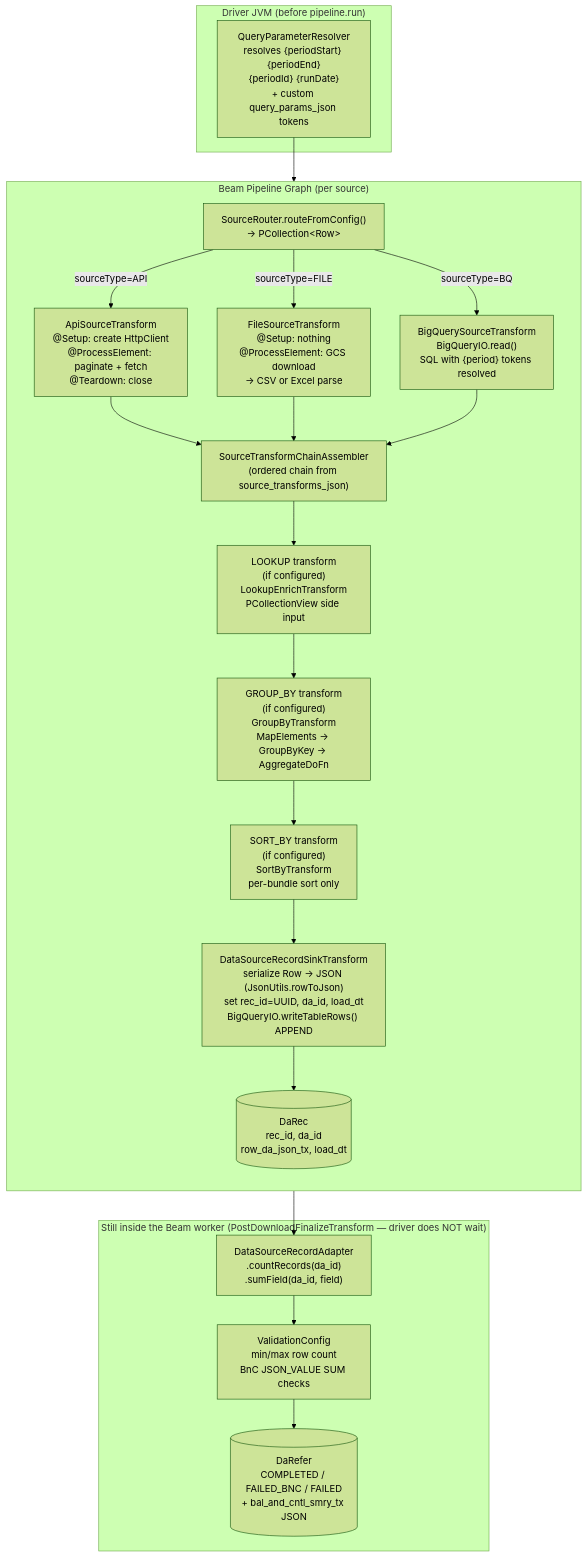
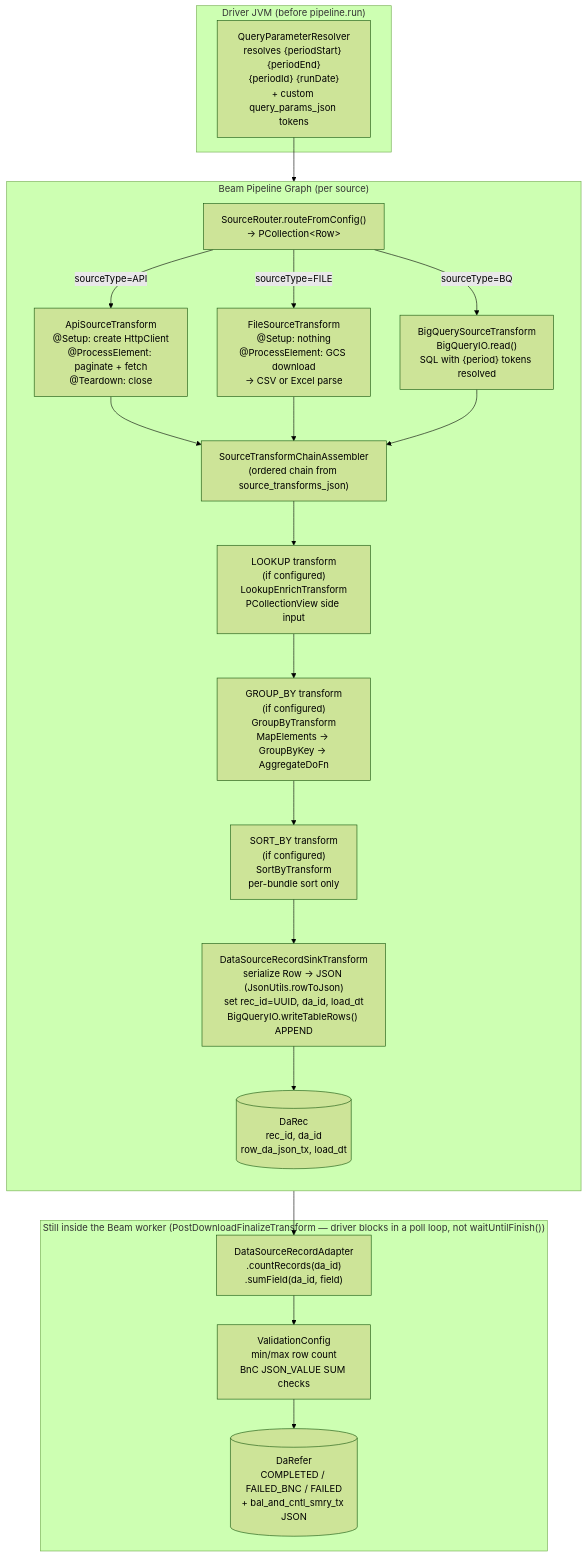
One commit to tushark-16bit/beam_framework changed the fourth of 17 diagrams in WALKTHROUGH.md. Above: the diagram before and after it, drawn with Mermaid (forest theme). The commit also changed other lines of this file and 13 other files, not shown here.

````diff
--- a/WALKTHROUGH.md
+++ b/WALKTHROUGH.md
@@ -156,33 +151,33 @@
 ```mermaid
 flowchart TD
     subgraph "Beam Pipeline Graph (per source)"
         direction TB
         A["SourceRouter.routeFromConfig()\n→ PCollection&lt;Row&gt;"]
 
         A -->|sourceType=API| B1["ApiSourceTransform\n@Setup: create HttpClient\n@ProcessElement: paginate + fetch\n@Teardown: close"]
         A -->|sourceType=FILE| B2["FileSourceTransform\n@Setup: nothing\n@ProcessElement: GCS download\n→ CSV or Excel parse"]
         A -->|sourceType=BQ| B3["BigQuerySourceTransform\nBigQueryIO.read()\nSQL with {period} tokens resolved"]
 
         B1 --> C["SourceTransformChainAssembler\n(ordered chain from source_transforms_json)"]
         B2 --> C
         B3 --> C
 
         C --> D1["LOOKUP transform\n(if configured)\nLookupEnrichTransform\nPCollectionView side input"]
         D1 --> D2["GROUP_BY transform\n(if configured)\nGroupByTransform\nMapElements → GroupByKey → AggregateDoFn"]
         D2 --> D3["SORT_BY transform\n(if configured)\nSortByTransform\nper-bundle sort only"]
 
         D3 --> F["DataSourceRecordSinkTransform\nserialize Row → JSON (JsonUtils.rowToJson)\nset rec_id=UUID, da_id, load_dt\nBigQueryIO.writeTableRows() APPEND"]
         F --> RecTab[("DaRec\nrec_id, da_id\nrow_da_json_tx, load_dt")]
     end
 
     subgraph "Driver JVM (before pipeline.run)"
         H["QueryParameterResolver\nresolves {periodStart} {periodEnd}\n{periodId} {runDate}\n+ custom query_params_json tokens"]
         H --> A
     end
 
-    subgraph "Still inside the Beam worker (PostDownloadFinalizeTransform — driver does NOT wait)"
+    subgraph "Still inside the Beam worker (PostDownloadFinalizeTransform — driver blocks in a poll loop, not waitUntilFinish())"
         RecTab --> I["DataSourceRecordAdapter\n.countRecords(da_id)\n.sumField(da_id, field)"]
         I --> J["ValidationConfig\nmin/max row count\nBnC JSON_VALUE SUM checks"]
         J --> K[("DaRefer\nCOMPLETED / FAILED_BNC / FAILED\n+ bal_and_cntl_smry_tx JSON")]
     end
 ```
````
